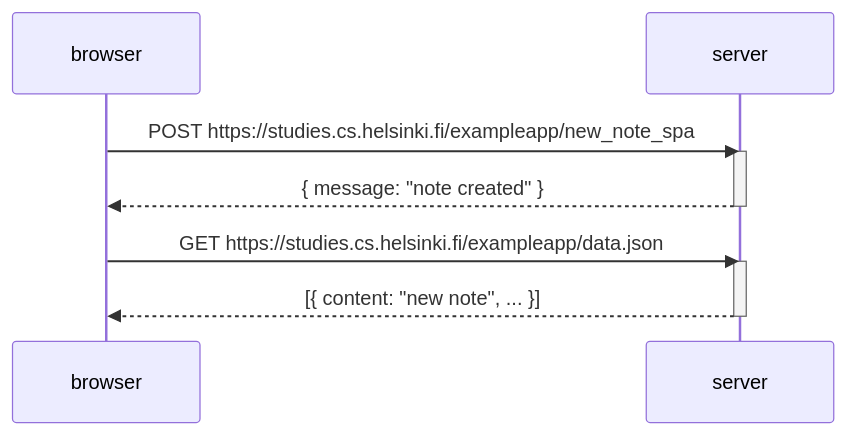
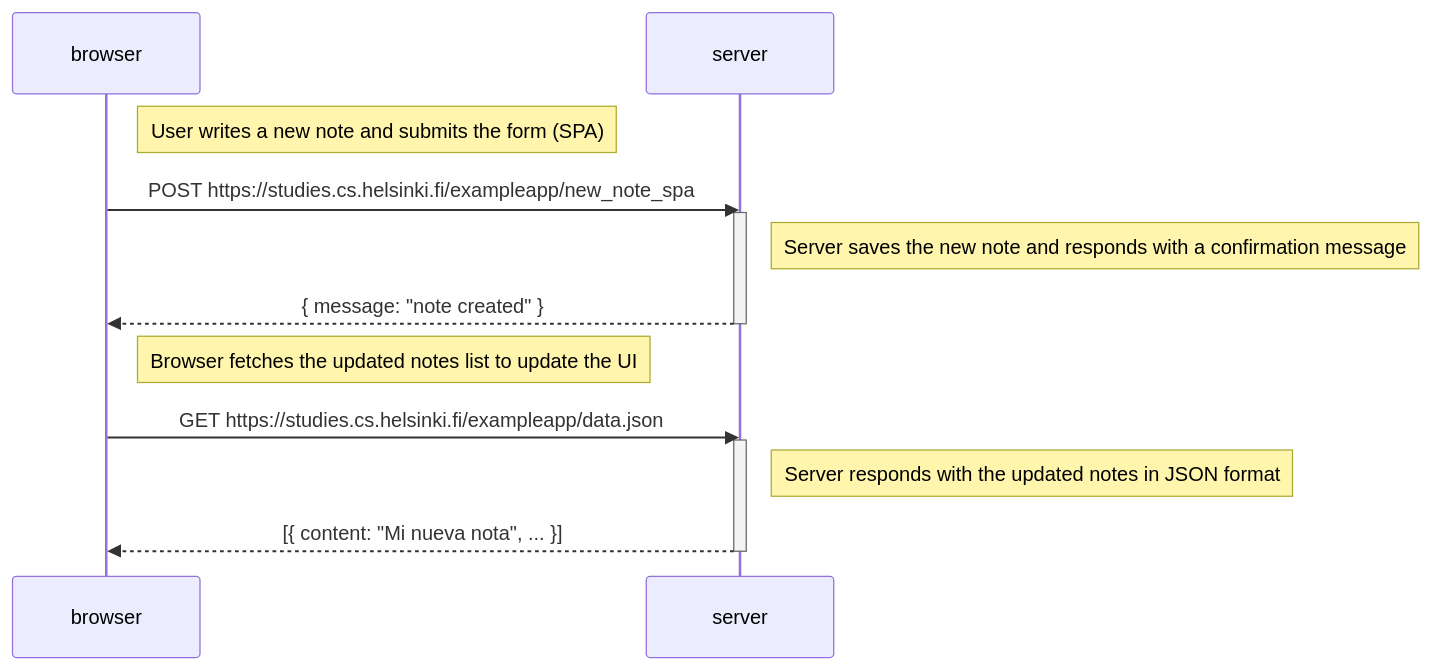
Before and after one commit to cesarlpzdj/fso-submission: the diagram in part0/spa-new-note.md, drawn with Mermaid. The commit also changed 2 other files, not shown here.

Commit message:
Added notes to diagrams

````diff
--- a/part0/spa-new-note.md
+++ b/part0/spa-new-note.md
@@ -1,16 +1,22 @@
 ```mermaid
 sequenceDiagram
 
     participant browser
     participant server
 
+    Note right of browser: User writes a new note and submits the form (SPA)
+    
     browser->>server: POST https://studies.cs.helsinki.fi/exampleapp/new_note_spa
     activate server
+    Note right of server: Server saves the new note and responds with a confirmation message
     server-->>browser: { message: "note created" }
     deactivate server
-    
+
+    Note right of browser: Browser fetches the updated notes list to update the UI
+
     browser->>server: GET https://studies.cs.helsinki.fi/exampleapp/data.json
     activate server
-    server-->>browser: [{ content: "new note", ... }]
+    Note right of server: Server responds with the updated notes in JSON format
+    server-->>browser: [{ content: "Mi nueva nota", ... }]
     deactivate server
 ```
````
